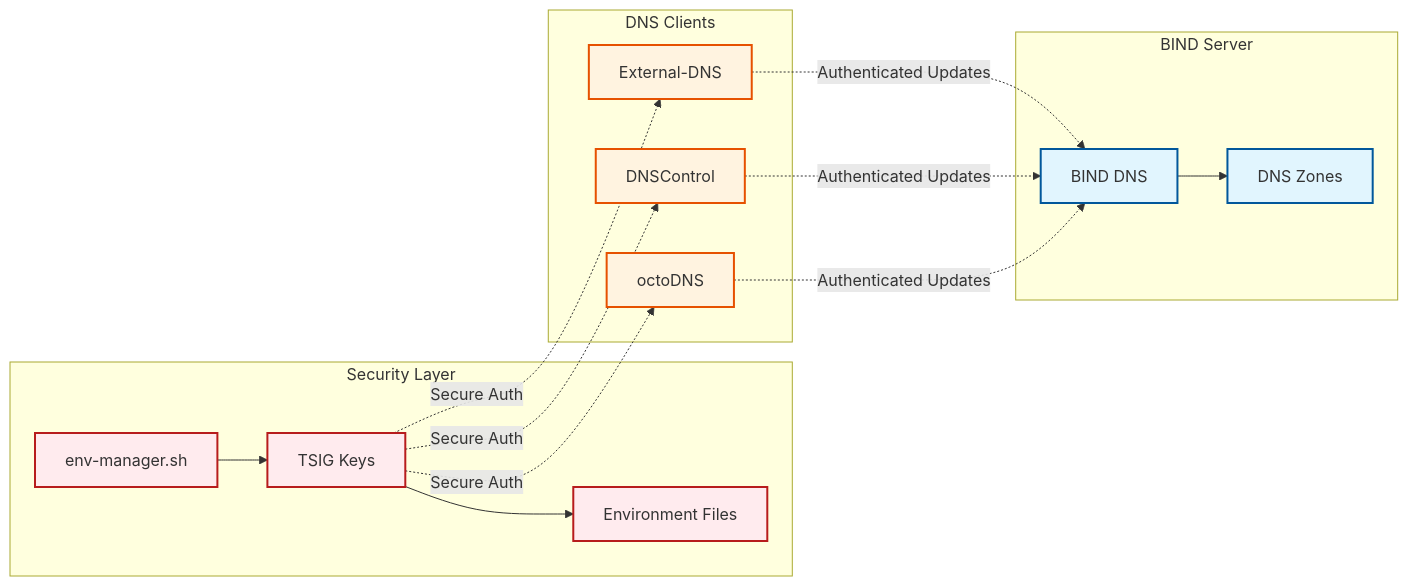
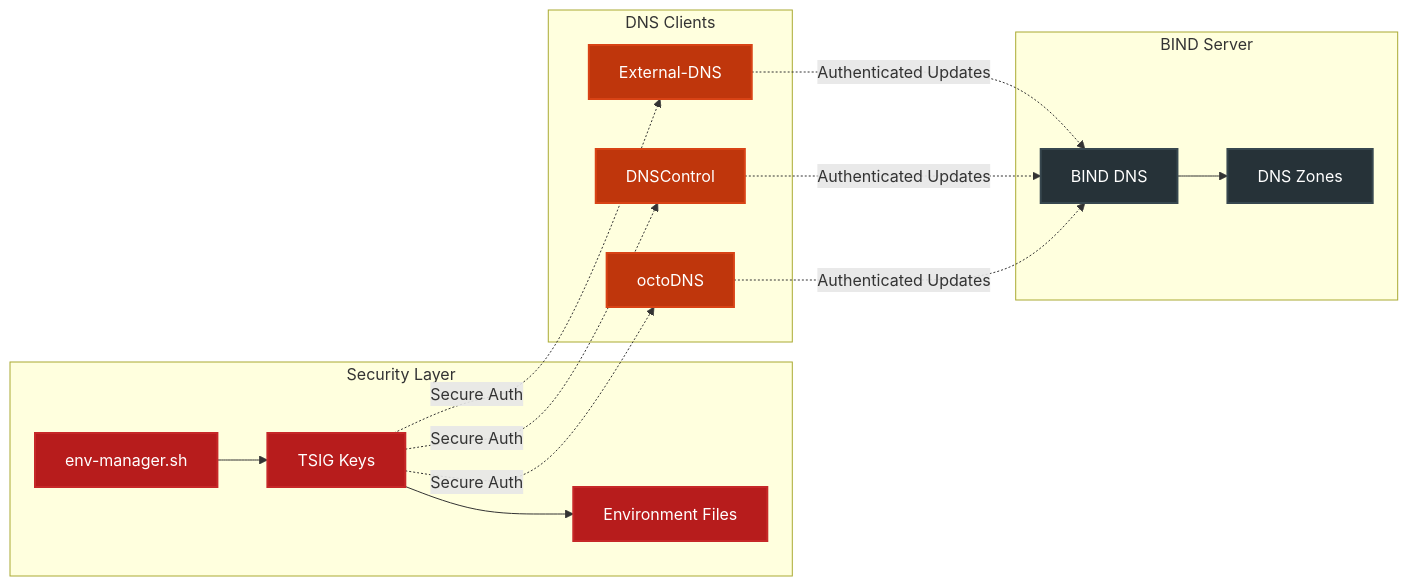
The fifth of 5 diagrams in docs/use-cases/overview.md (brunseba/private-dns-zone), drawn with Mermaid before and after one commit. The commit also changed other lines of this file, not shown here.

First line of the commit message:
docs: update Mermaid diagrams with darker color scheme

````diff
--- a/docs/use-cases/overview.md
+++ b/docs/use-cases/overview.md
@@ -152,40 +152,40 @@
 ```mermaid
 graph LR
     subgraph "Security Layer"
         ENVMGR[env-manager.sh]
         TSIGKEY[TSIG Keys]
         ENVFILE[Environment Files]
         
         ENVMGR --> TSIGKEY
         TSIGKEY --> ENVFILE
     end
     
     subgraph "DNS Clients"
         EXT[External-DNS]
         DNSCTL[DNSControl]
         OCTODNS[octoDNS]
     end
     
     subgraph "BIND Server"
         BIND[BIND DNS]
         ZONES[DNS Zones]
         
         BIND --> ZONES
     end
     
     TSIGKEY -.->|Secure Auth| EXT
     TSIGKEY -.->|Secure Auth| DNSCTL
     TSIGKEY -.->|Secure Auth| OCTODNS
     
     EXT -.->|Authenticated Updates| BIND
     DNSCTL -.->|Authenticated Updates| BIND
     OCTODNS -.->|Authenticated Updates| BIND
     
-    classDef security fill:#ffebee,stroke:#b71c1c,stroke-width:2px
-    classDef client fill:#fff3e0,stroke:#e65100,stroke-width:2px
-    classDef server fill:#e1f5fe,stroke:#01579b,stroke-width:2px
+    classDef security fill:#b71c1c,stroke:#c62828,stroke-width:2px,color:#ffffff
+    classDef client fill:#bf360c,stroke:#d84315,stroke-width:2px,color:#ffffff
+    classDef server fill:#263238,stroke:#37474f,stroke-width:2px,color:#ffffff
     
     class ENVMGR,TSIGKEY,ENVFILE security
     class EXT,DNSCTL,OCTODNS client
     class BIND,ZONES server
 ```
````
